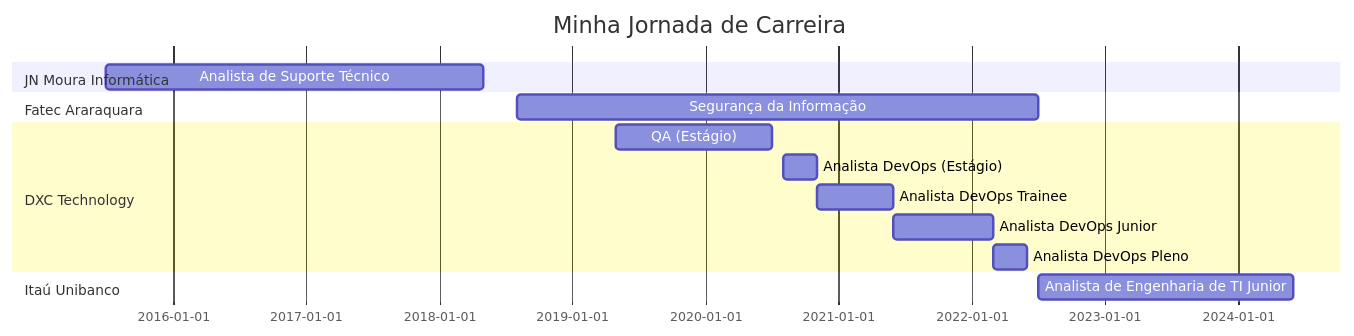
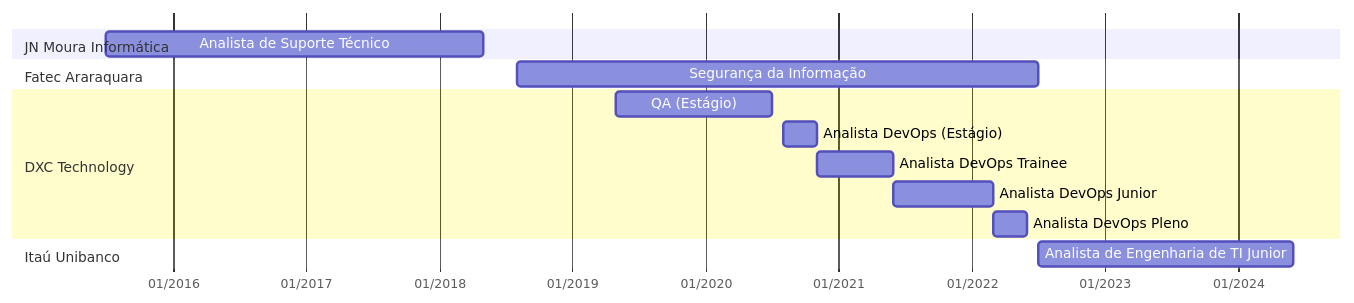
The diagram in README.md (renanphellip/pdi), drawn with Mermaid before and after one commit. The commit also changed other lines of this file, not shown here.

````diff
--- a/README.md
+++ b/README.md
@@ -14,21 +14,21 @@
 ```mermaid
 gantt
 dateFormat  MM/YYYY
-title Minha Jornada de Carreira
+axisFormat %m/%Y
 
 section JN Moura Informática
 Analista de Suporte Técnico : 07/2015 , 05/2018
 
 section Fatec Araraquara
 Segurança da Informação : 08/2018 , 07/2022
 
 section DXC Technology
 QA (Estágio) : 05/2019 , 07/2020
 Analista DevOps (Estágio) : 08/2020 , 11/2020
 Analista DevOps Trainee : 11/2020 , 06/2021
 Analista DevOps Junior : 06/2021 , 03/2022
 Analista DevOps Pleno : 03/2022 , 06/2022
 
 section Itaú Unibanco
 Analista de Engenharia de TI Junior : 07/2022 , 06/2024
 ```
````
